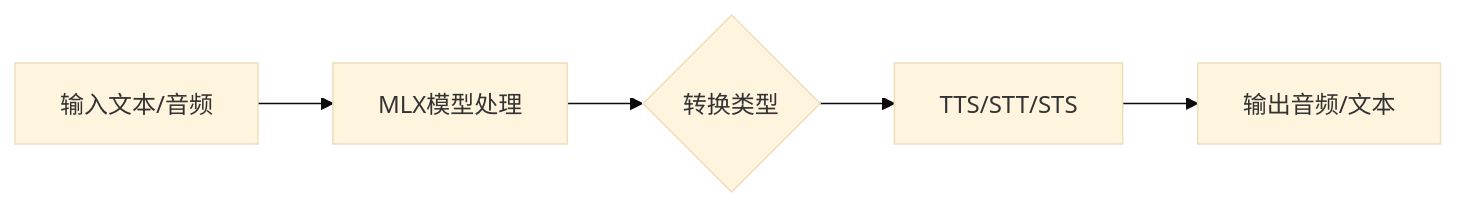
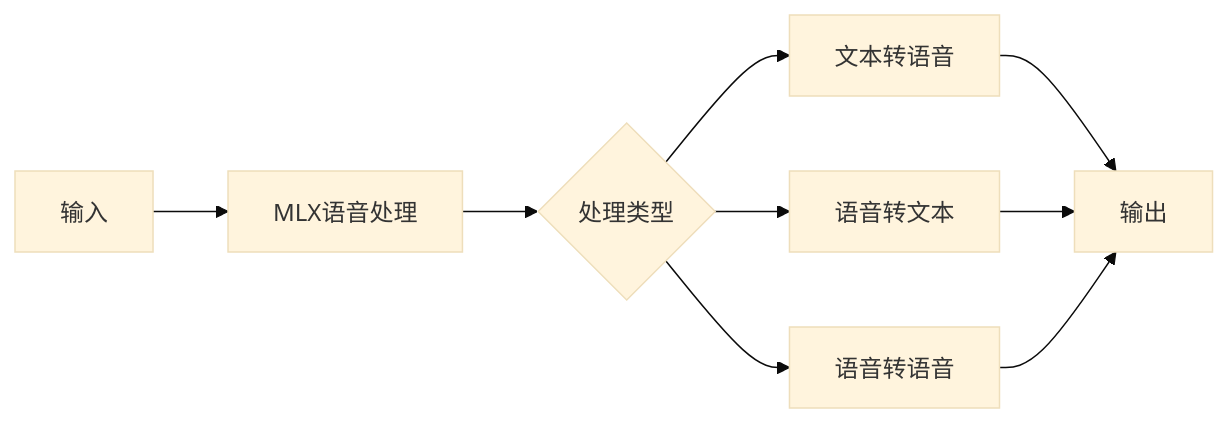
The fifth of 8 diagrams in reports/2026/01/2026-01-25.md (wayyoungboy/github-trending-reporter), drawn with Mermaid (base theme) before and after one commit. The commit also changed other lines of this file and 1 other file, not shown here.

````diff
--- a/reports/2026/01/2026-01-25.md
+++ b/reports/2026/01/2026-01-25.md
@@ -266,7 +265,11 @@
 ```mermaid
 graph LR
-    A[输入文本/音频] --> B[MLX模型处理]
-    B --> C{转换类型}
-    C --> D[TTS/STT/STS]
-    D --> E[输出音频/文本]
+    A[输入] --> B[MLX语音处理]
+    B --> C{处理类型}
+    C --> D[文本转语音]
+    C --> E[语音转文本]
+    C --> F[语音转语音]
+    D --> G[输出]
+    E --> G
+    F --> G
 ```
````
